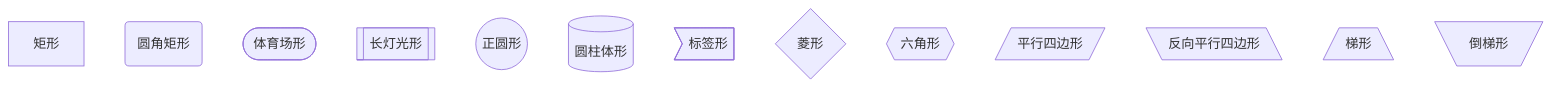
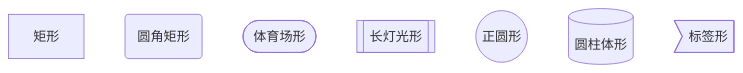
One commit to zero9230/sanguozhi11 changed the first of 14 diagrams in PersonalDoc/学习整理/基础&通用工具/typora.md. Above: the diagram before and after it, drawn with Mermaid. The commit also changed 3 other files, not shown here.

````diff
--- a/PersonalDoc/学习整理/基础&通用工具/typora.md
+++ b/PersonalDoc/学习整理/基础&通用工具/typora.md
@@ -247,16 +247,10 @@
 ```mermaid
 graph TB
 矩形[矩形]
 圆角矩形(圆角矩形)
 体育场型([体育场形])
 长灯光形[[长灯光形]]
 正圆形((正圆形))
 圆柱体形[(圆柱体形)]
 标签形>标签形]
-菱形{菱形}
-六角形{{六角形}}
-平行四边形[/平行四边形/]
-反向平行四边形[\反向平行四边形\]
-梯形[/梯形\]
-倒梯形[\倒梯形/]
 ```
````
